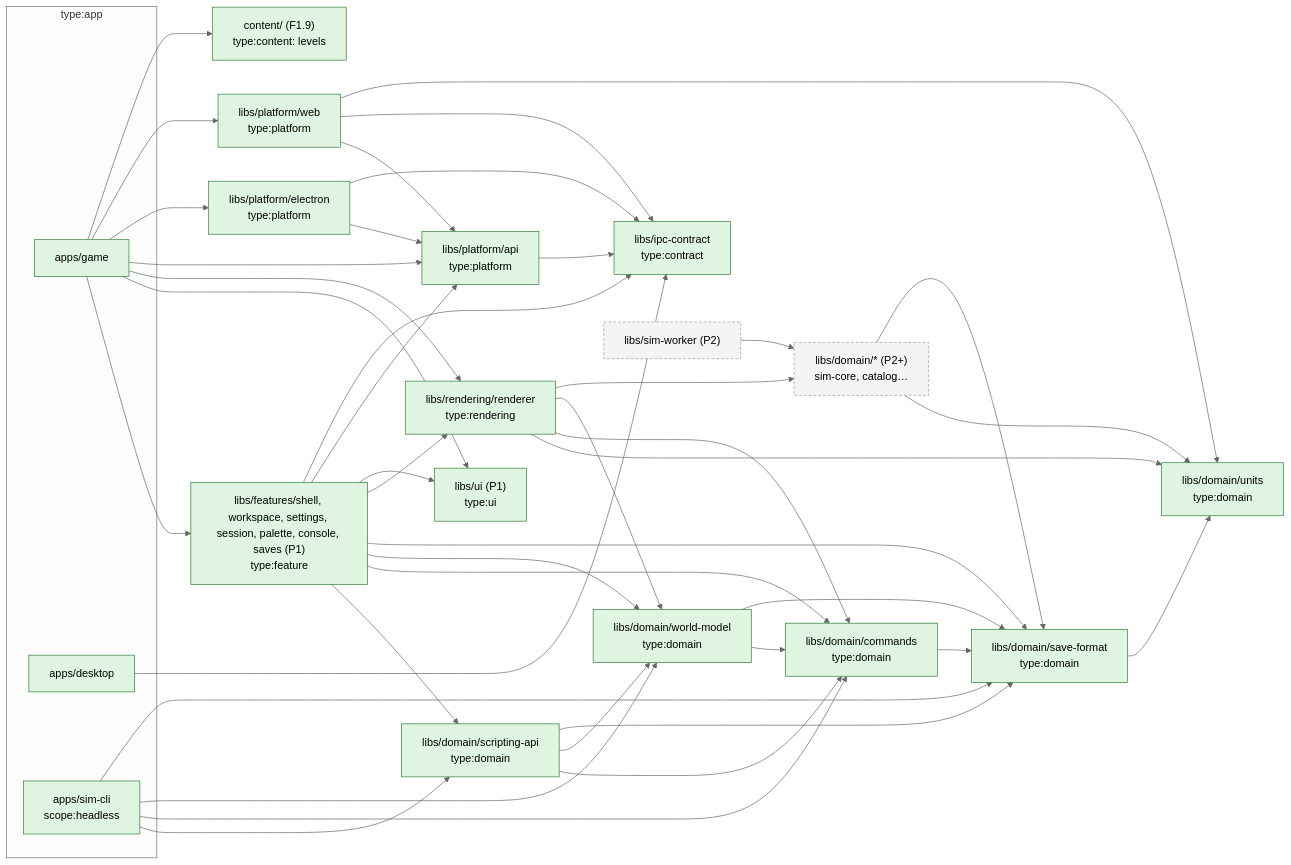
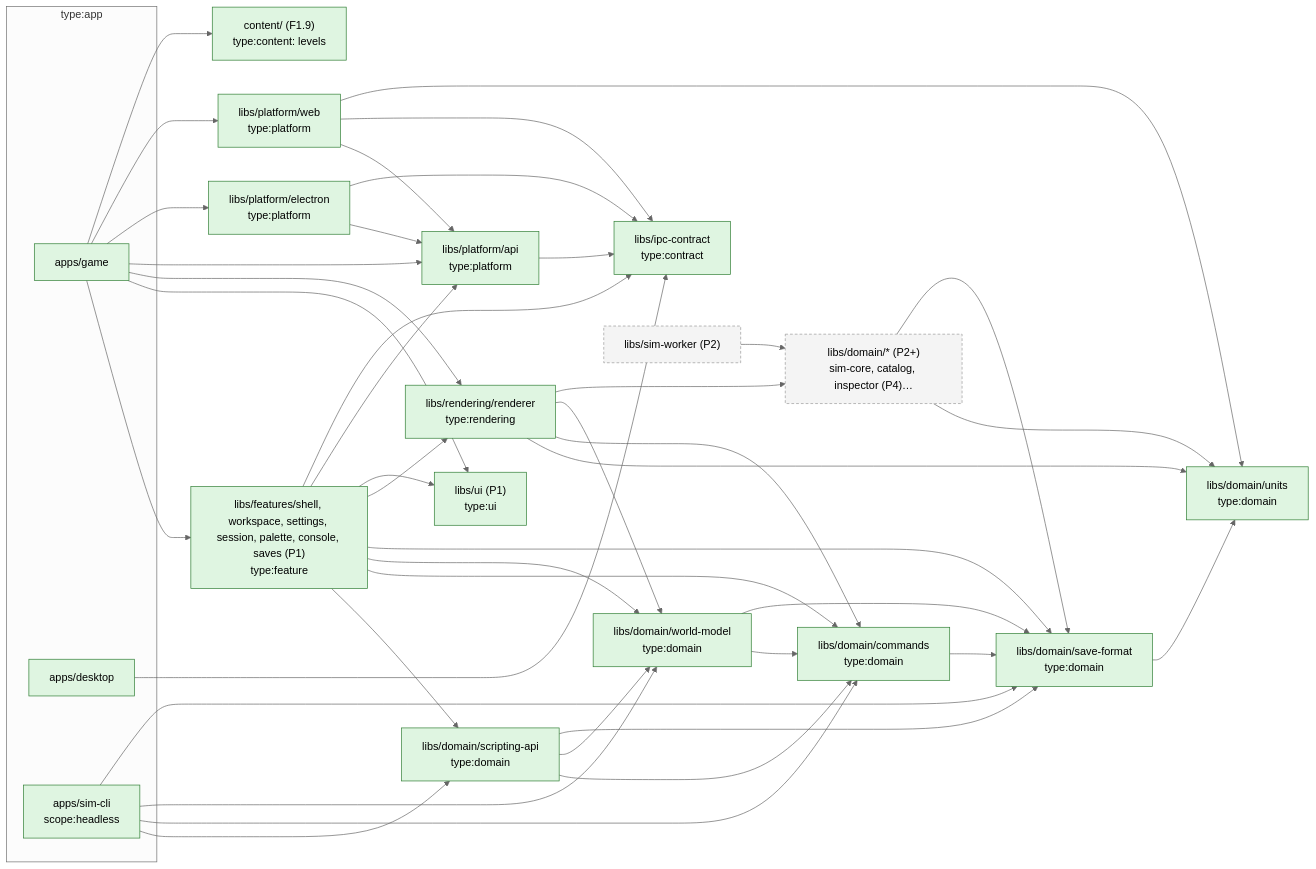
Before and after one commit to joebarbere/controls: the second of 3 diagrams in docs/architecture/overview.md, drawn with Mermaid (neutral theme). The commit also changed 21 other files, not shown here.

````diff
--- a/docs/architecture/overview.md
+++ b/docs/architecture/overview.md
@@ -72,43 +72,43 @@
 ```mermaid
 flowchart LR
     classDef p0 fill:#dff5e1,stroke:#2e7d32;
     classDef later fill:#f4f4f4,stroke:#999,stroke-dasharray: 4 3;
 
     subgraph apps["type:app"]
         GAME["apps/game"]:::p0
         DESK["apps/desktop"]:::p0
         SIMCLI["apps/sim-cli<br/>scope:headless"]:::p0
     end
 
     FEAT["libs/features/shell, workspace, settings, session, palette, console, saves (P1)<br/>type:feature"]:::p0
     UI["libs/ui (P1)<br/>type:ui"]:::p0
     REND["libs/rendering/renderer<br/>type:rendering"]:::p0
     PAPI["libs/platform/api<br/>type:platform"]:::p0
     PEL["libs/platform/electron<br/>type:platform"]:::p0
     PWEB["libs/platform/web<br/>type:platform"]:::p0
     IPC["libs/ipc-contract<br/>type:contract"]:::p0
     UNITS["libs/domain/units<br/>type:domain"]:::p0
     SF["libs/domain/save-format<br/>type:domain"]:::p0
     CMDS["libs/domain/commands<br/>type:domain"]:::p0
     WM["libs/domain/world-model<br/>type:domain"]:::p0
     SAPI["libs/domain/scripting-api<br/>type:domain"]:::p0
     CONTENT["content/ (F1.9)<br/>type:content: levels"]:::p0
-    DOM["libs/domain/* (P2+)<br/>sim-core, catalog…"]:::later
+    DOM["libs/domain/* (P2+)<br/>sim-core, catalog, inspector (P4)…"]:::later
     WORKER["libs/sim-worker (P2)"]:::later
 
     GAME --> FEAT & UI & REND & PAPI & PEL & PWEB & CONTENT
     DESK --> IPC
     SIMCLI --> SAPI & CMDS & WM & SF
     FEAT --> SAPI & CMDS & WM & SF & REND & UI & PAPI & IPC
     REND --> UNITS & CMDS & WM & DOM
     PAPI --> IPC
     PEL --> PAPI & IPC
     PWEB --> PAPI & IPC & UNITS
     WORKER --> DOM
     DOM --> UNITS
     SF --> UNITS
     CMDS --> SF
     WM --> CMDS & SF
     SAPI --> CMDS & WM & SF
     DOM --> SF
 ```
````
